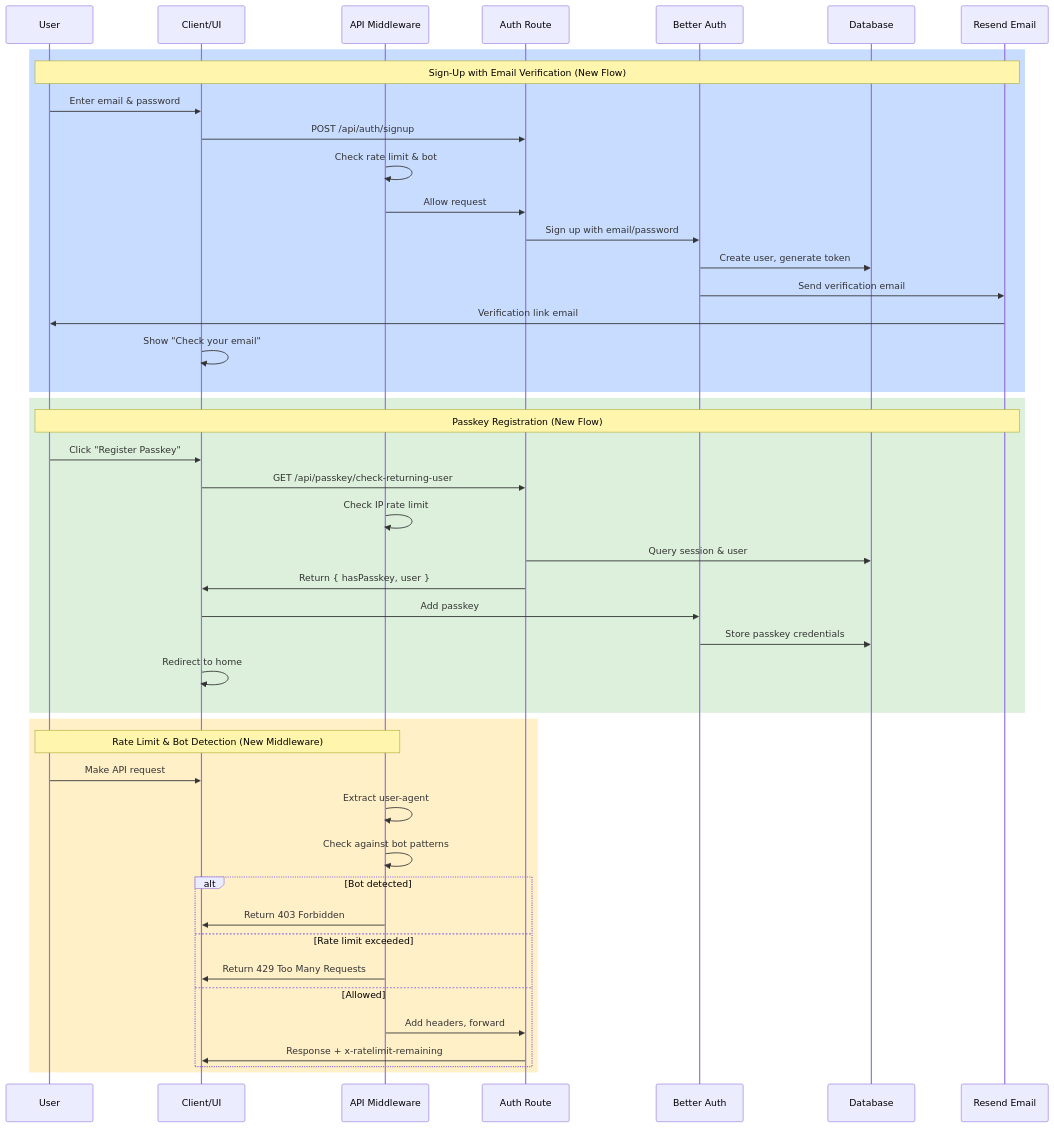
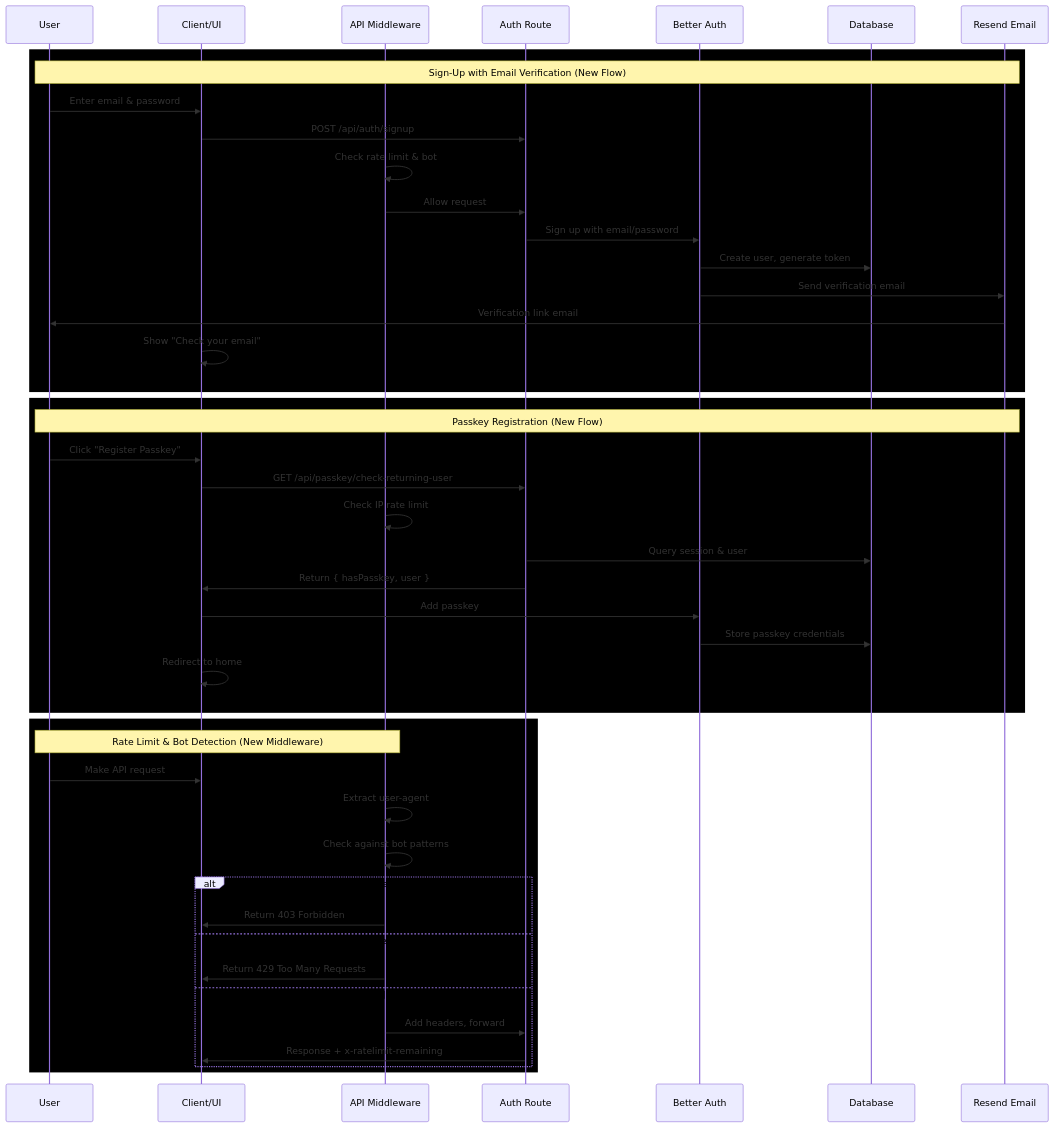
One commit to ChristopherAlphonse/authly changed the diagram in README.md. Above: the diagram before and after it, drawn with Mermaid. The commit also changed other lines of this file, not shown here.

````diff
--- a/README.md
+++ b/README.md
@@ -513,50 +510,50 @@
 ```mermaid
 sequenceDiagram
     participant User
     participant Client as Client/UI
     participant Middleware as API Middleware
     participant Route as Auth Route
     participant BetterAuth as Better Auth
     participant DB as Database
     participant Resend as Resend Email
 
-    rect rgb(200, 220, 255)
+    rect rgb(0, 0, 0)
     note over User,Resend: Sign-Up with Email Verification (New Flow)
     User->>Client: Enter email & password
     Client->>Route: POST /api/auth/signup
     Middleware->>Middleware: Check rate limit & bot
     Middleware->>Route: Allow request
     Route->>BetterAuth: Sign up with email/password
     BetterAuth->>DB: Create user, generate token
     BetterAuth->>Resend: Send verification email
     Resend->>User: Verification link email
     Client->>Client: Show "Check your email"
     end
 
-    rect rgb(220, 240, 220)
+    rect rgb(0, 0, 0)
     note over User,Resend: Passkey Registration (New Flow)
     User->>Client: Click "Register Passkey"
     Client->>Route: GET /api/passkey/check-returning-user
     Middleware->>Middleware: Check IP rate limit
     Route->>DB: Query session & user
     Route->>Client: Return { hasPasskey, user }
     Client->>BetterAuth: Add passkey
     BetterAuth->>DB: Store passkey credentials
     Client->>Client: Redirect to home
     end
 
-    rect rgb(255, 240, 200)
+    rect rgb(0, 0, 0)
     note over User,Middleware: Rate Limit & Bot Detection (New Middleware)
     User->>Client: Make API request
     Middleware->>Middleware: Extract user-agent
     Middleware->>Middleware: Check against bot patterns
     alt Bot detected
         Middleware->>Client: Return 403 Forbidden
     else Rate limit exceeded
         Middleware->>Client: Return 429 Too Many Requests
     else Allowed
         Middleware->>Route: Add headers, forward
         Route->>Client: Response + x-ratelimit-remaining
     end
     end
 ```
````
